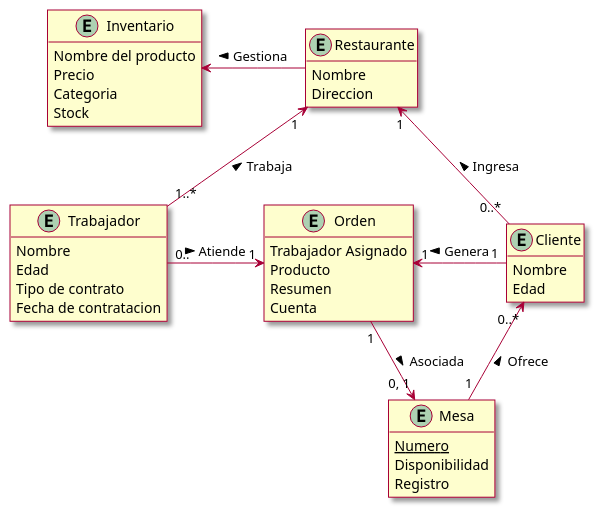
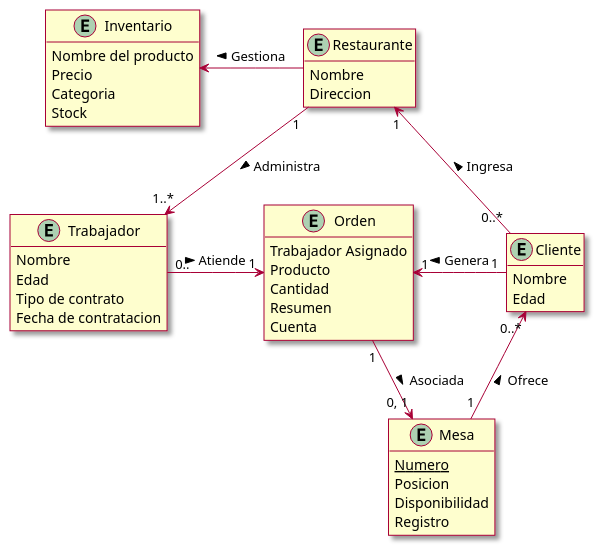
The diagram in src/Dominio.puml (DanielDiazVargas/Prog.Av._Taller-1), drawn with PlantUML before and after one commit.

```diff
--- a/src/Dominio.puml
+++ b/src/Dominio.puml
@@ -1,49 +1,51 @@
 @startuml
 skin rose
 hide empty members
 
 entity Restaurante {
 Nombre
 Direccion
 }
 
 entity Trabajador {
 Nombre
 Edad
 Tipo de contrato
 Fecha de contratacion
 }
 
 entity Orden {
 Trabajador Asignado
 Producto
+Cantidad
 Resumen
 Cuenta
 }
 
 entity Mesa {
 {static}Numero
+Posicion
 Disponibilidad
 Registro
 }
 
 entity Cliente {
 Nombre
 Edad
 }
 
 entity Inventario {
 Nombre del producto
 Precio
 Categoria
 Stock
 }
 
 Restaurante -left-> Inventario : Gestiona >
 Restaurante "1" <-right- "0..*" Cliente : Ingresa <
-Restaurante "1" <-down- "1..*" Trabajador : Trabaja <
+Restaurante "1" -down-> "1..*" Trabajador : Administra >
 Trabajador "0.." -right-> "1" Orden : Atiende >
 Orden "1" -up-> "0, 1" Mesa : Asociada >
 Mesa "1" -up-> "0..*" Cliente : Ofrece >
 Cliente "1" -left-> "1" Orden : Genera >
 @enduml
```
